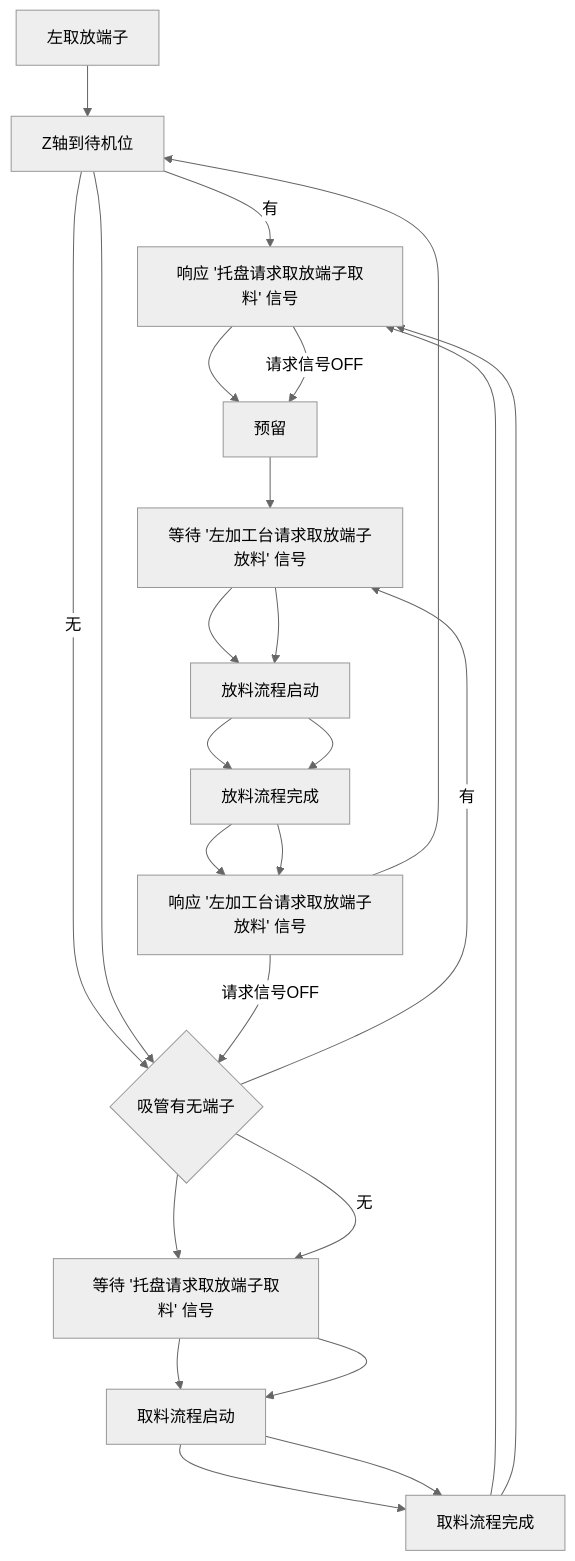
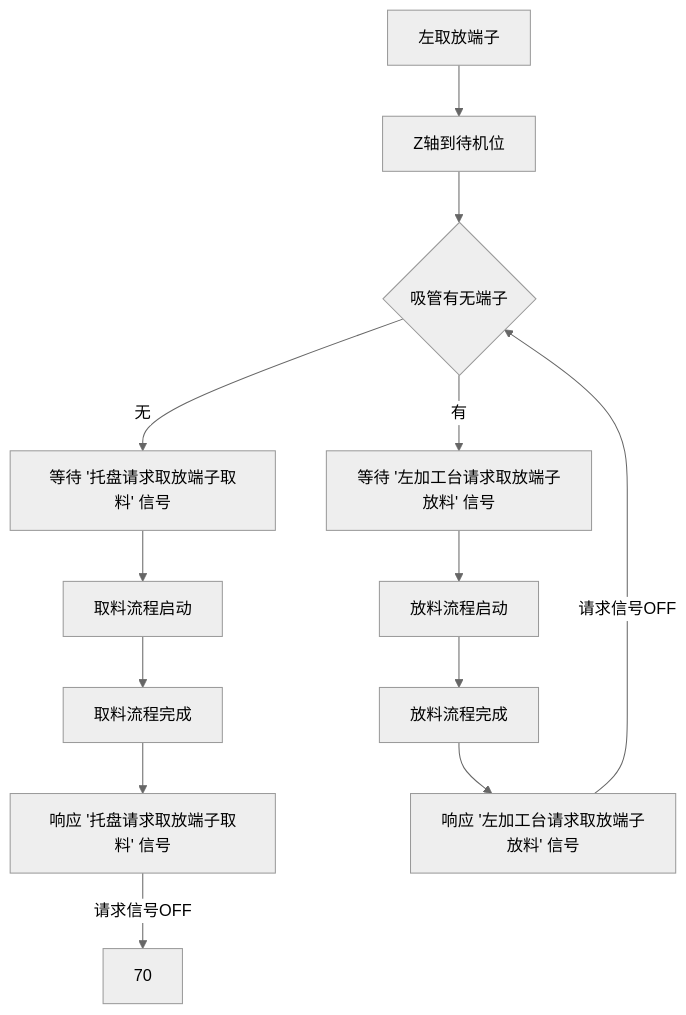
Before and after one commit to zmq000/iodraw-files: the diagram in all/VR-OP90左取放端子.md, drawn with Mermaid (neutral theme).

Commit message:
2026-06-18 11:32:21 update

````diff
--- a/all/VR-OP90左取放端子.md
+++ b/all/VR-OP90左取放端子.md
@@ -1,28 +1,16 @@
 ```mermaid
 graph TD
 0[左取放端子]-->10
-10{吸管有无端子}-->|有|60
-10-->|无|20
-20[取端子Y轴到取端子位]-->30
-30[托盘X轴到取端子位]-->40
-40[取端子Z轴到取端子位]-->50
-50[启动吸盘]-->60
-60[取端子Z轴到待机位]-->70
-70[预留]-->80
-80[取端子Y轴到放端子位]-->90
-90[取端子Z轴到放端子位]-->100
-100[松开吸盘]-->110
-110[取端子Z轴到待机位]-->10
 
 10[Z轴到待机位]-->20
 20{吸管有无端子}-->|有|80
 20-->|无|30
 30[等待 '托盘请求取放端子取料' 信号]-->40
 40[取料流程启动]-->50
 50[取料流程完成]-->60
 60[响应 '托盘请求取放端子取料' 信号]-->|请求信号OFF|70
 80[等待 '左加工台请求取放端子放料' 信号]-->90
 90[放料流程启动]-->100
 100[放料流程完成]-->110
 110[响应 '左加工台请求取放端子放料' 信号]-->|请求信号OFF|20
 ```
````
